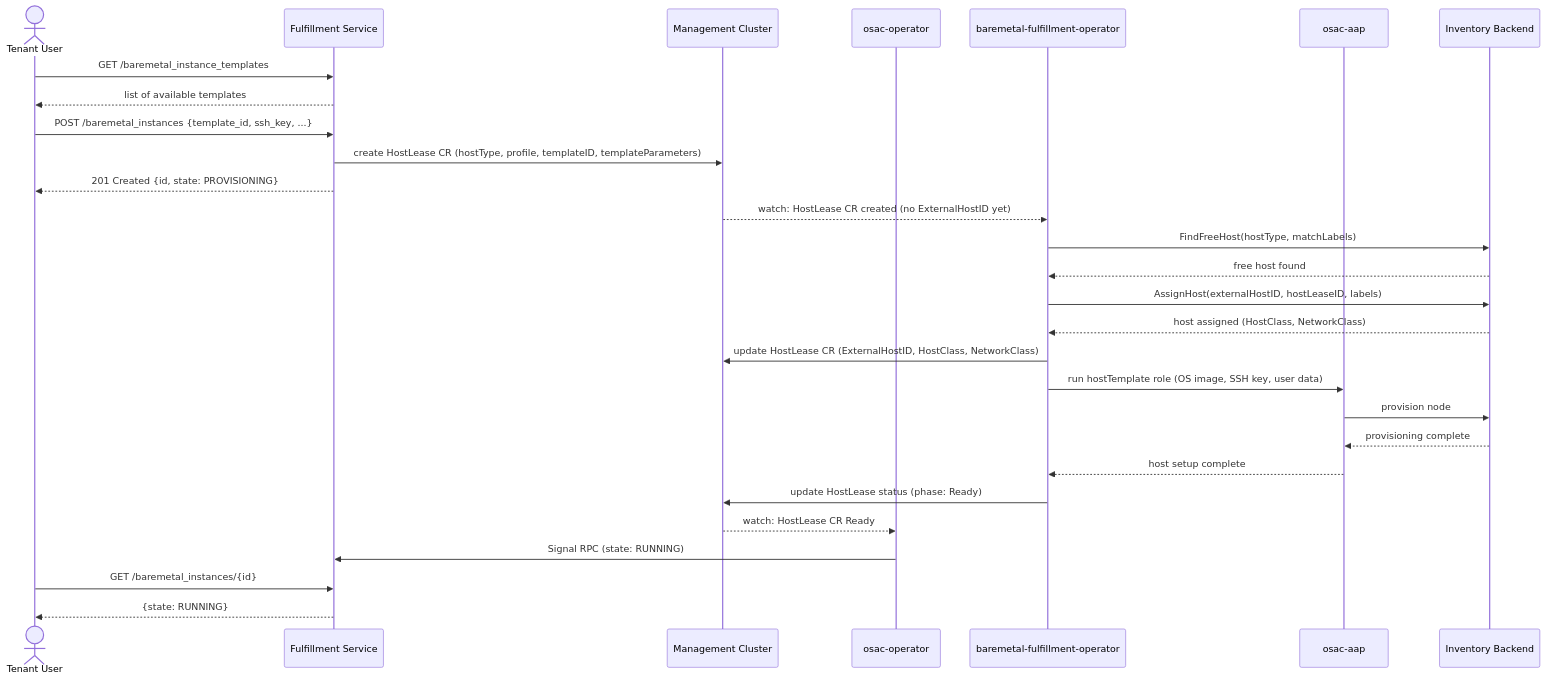
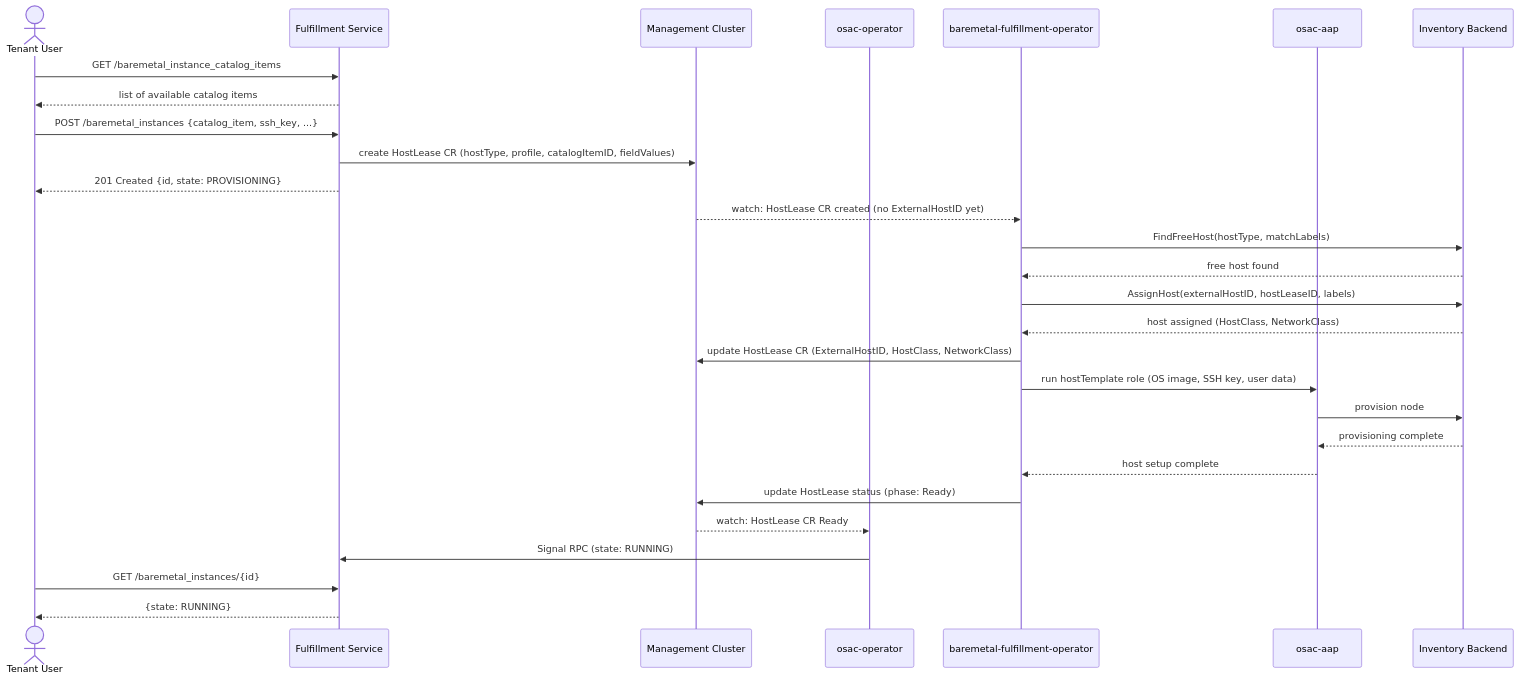
The diagram in enhancements/baremetal-instance-api/README.md (osac-project/enhancement-proposals), drawn with Mermaid before and after one commit. The commit also changed other lines of this file, not shown here.

First line of the commit message:
OSAC-1317: adopt BareMetalInstanceCatalogItem API pattern

````diff
--- a/enhancements/baremetal-instance-api/README.md
+++ b/enhancements/baremetal-instance-api/README.md
@@ -115,35 +116,35 @@
 ```mermaid
 sequenceDiagram
     actor TU as Tenant User
     participant FS as Fulfillment Service
     participant MC as Management Cluster
     participant OP as osac-operator
     participant BMF as baremetal-fulfillment-operator
     participant AAP as osac-aap
     participant INV as Inventory Backend
 
-    TU->>FS: GET /baremetal_instance_templates
-    FS-->>TU: list of available templates
+    TU->>FS: GET /baremetal_instance_catalog_items
+    FS-->>TU: list of available catalog items
 
-    TU->>FS: POST /baremetal_instances {template_id, ssh_key, ...}
-    FS->>MC: create HostLease CR (hostType, profile, templateID, templateParameters)
+    TU->>FS: POST /baremetal_instances {catalog_item, ssh_key, ...}
+    FS->>MC: create HostLease CR (hostType, profile, catalogItemID, fieldValues)
     FS-->>TU: 201 Created {id, state: PROVISIONING}
 
     MC-->>BMF: watch: HostLease CR created (no ExternalHostID yet)
     BMF->>INV: FindFreeHost(hostType, matchLabels)
     INV-->>BMF: free host found
     BMF->>INV: AssignHost(externalHostID, hostLeaseID, labels)
     INV-->>BMF: host assigned (HostClass, NetworkClass)
     BMF->>MC: update HostLease CR (ExternalHostID, HostClass, NetworkClass)
     BMF->>AAP: run hostTemplate role (OS image, SSH key, user data)
     AAP->>INV: provision node
     INV-->>AAP: provisioning complete
     AAP-->>BMF: host setup complete
     BMF->>MC: update HostLease status (phase: Ready)
 
     MC-->>OP: watch: HostLease CR Ready
     OP->>FS: Signal RPC (state: RUNNING)
 
     TU->>FS: GET /baremetal_instances/{id}
     FS-->>TU: {state: RUNNING}
 ```
````
